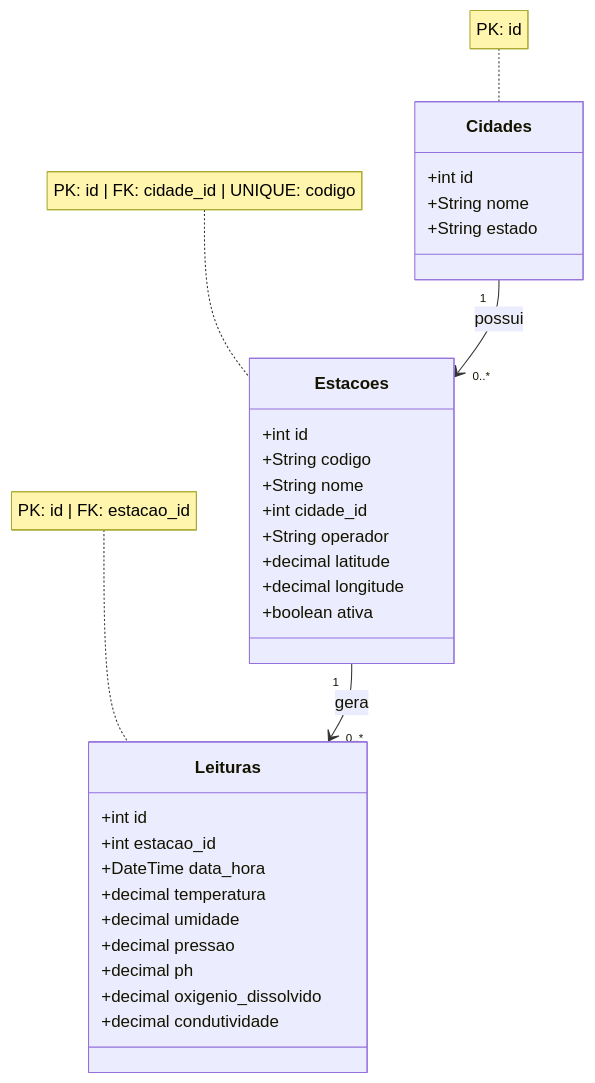
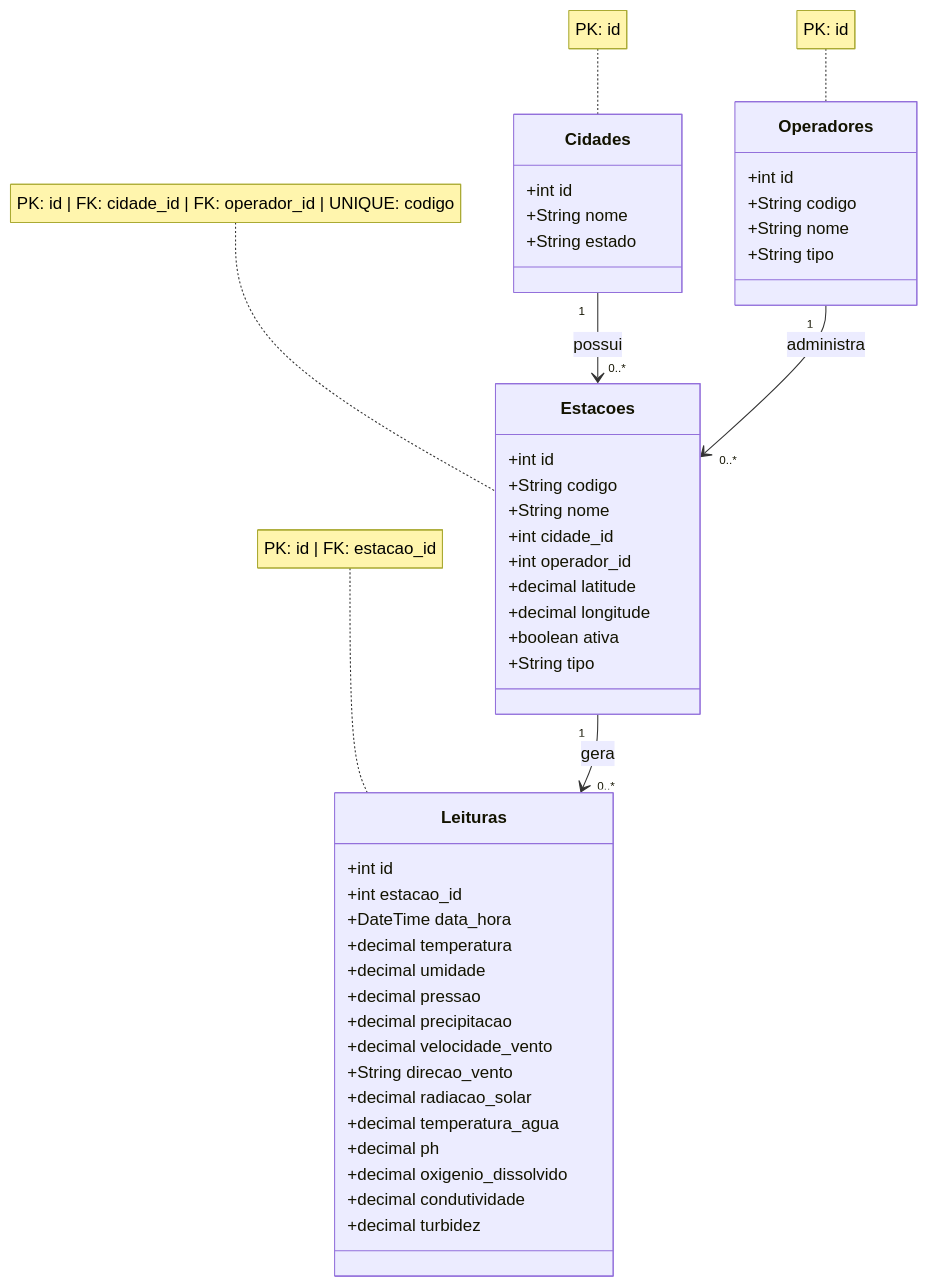
One commit to campagsi/data-science-ia changed the diagram in docs/modelagem-banco.md. Above: the diagram before and after it, drawn with Mermaid. The commit also changed other lines of this file and 1 other file, not shown here.

Commit message:
atualizando entidade relacionamentos e diagramas

````diff
--- a/docs/modelagem-banco.md
+++ b/docs/modelagem-banco.md
@@ -13,39 +14,55 @@
 ```mermaid
 classDiagram
 
     Cidades "1" --> "0..*" Estacoes : possui
+    Operadores "1" --> "0..*" Estacoes : administra
     Estacoes "1" --> "0..*" Leituras : gera
 
     class Cidades {
         +int id
         +String nome
         +String estado
     }
 
+    class Operadores {
+        +int id
+        +String codigo
+        +String nome
+        +String tipo
+    }
+
     class Estacoes {
         +int id
         +String codigo
         +String nome
         +int cidade_id
-        +String operador
+        +int operador_id
         +decimal latitude
         +decimal longitude
         +boolean ativa
+        +String tipo
     }
 
     class Leituras {
         +int id
         +int estacao_id
         +DateTime data_hora
         +decimal temperatura
         +decimal umidade
         +decimal pressao
+        +decimal precipitacao
+        +decimal velocidade_vento
+        +String direcao_vento
+        +decimal radiacao_solar
+        +decimal temperatura_agua
         +decimal ph
         +decimal oxigenio_dissolvido
         +decimal condutividade
+        +decimal turbidez
     }
 
     note for Cidades "PK: id"
-    note for Estacoes "PK: id | FK: cidade_id | UNIQUE: codigo"
+    note for Operadores "PK: id"
+    note for Estacoes "PK: id | FK: cidade_id | FK: operador_id | UNIQUE: codigo"
     note for Leituras "PK: id | FK: estacao_id"
 ```
````
